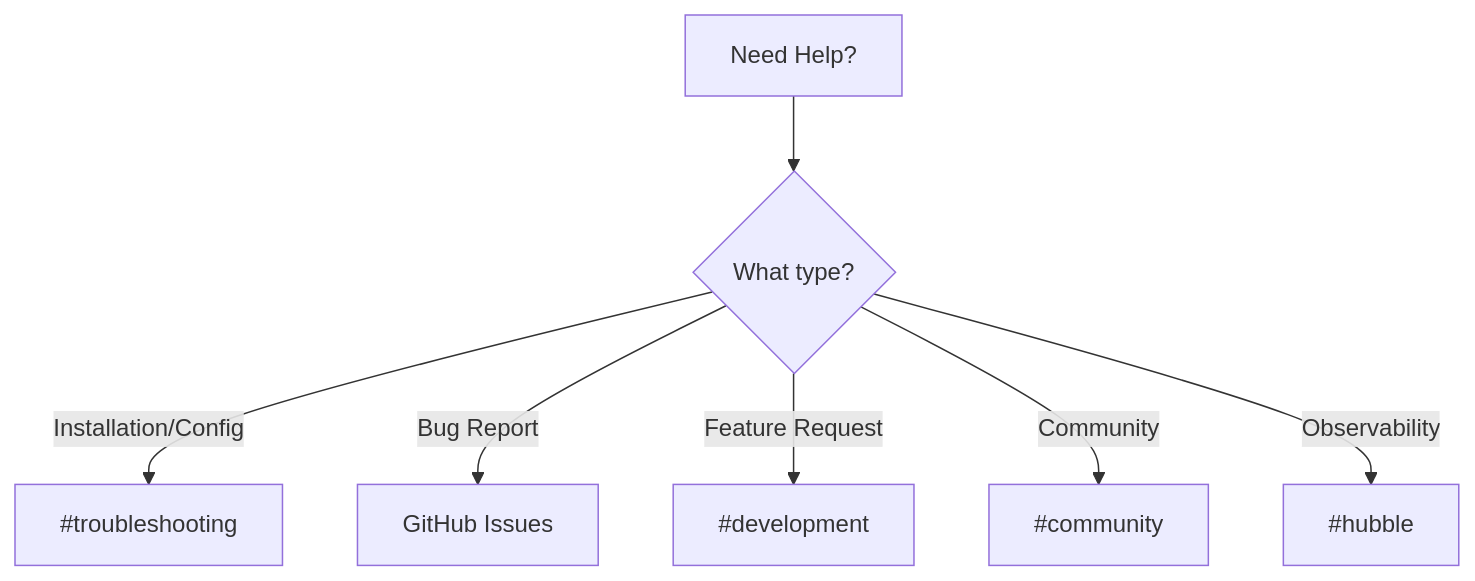
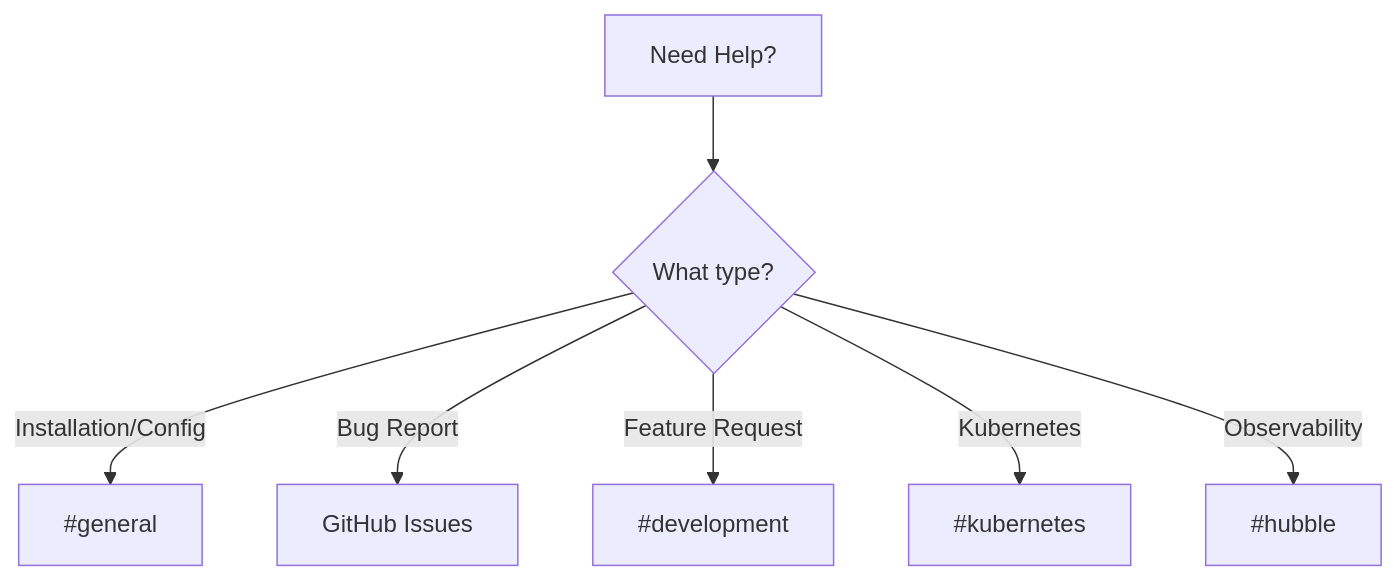
One commit to OneUptime/blog changed the diagram in posts/2026-03-14-how-to-use-slack-channels-in-the-cilium-project/README.md. Above: the diagram before and after it, drawn with Mermaid. The commit also changed other lines of this file and 2 other files, not shown here.

````diff
--- a/posts/2026-03-14-how-to-use-slack-channels-in-the-cilium-project/README.md
+++ b/posts/2026-03-14-how-to-use-slack-channels-in-the-cilium-project/README.md
@@ -56,9 +58,9 @@
 ```mermaid
 flowchart TD
     A[Need Help?] --> B{What type?}
-    B -->|Installation/Config| C[#troubleshooting]
+    B -->|Installation/Config| C[#general]
     B -->|Bug Report| D[GitHub Issues]
     B -->|Feature Request| E[#development]
-    B -->|Community| F[#community]
+    B -->|Kubernetes| F[#kubernetes]
     B -->|Observability| G[#hubble]
 ```
````
